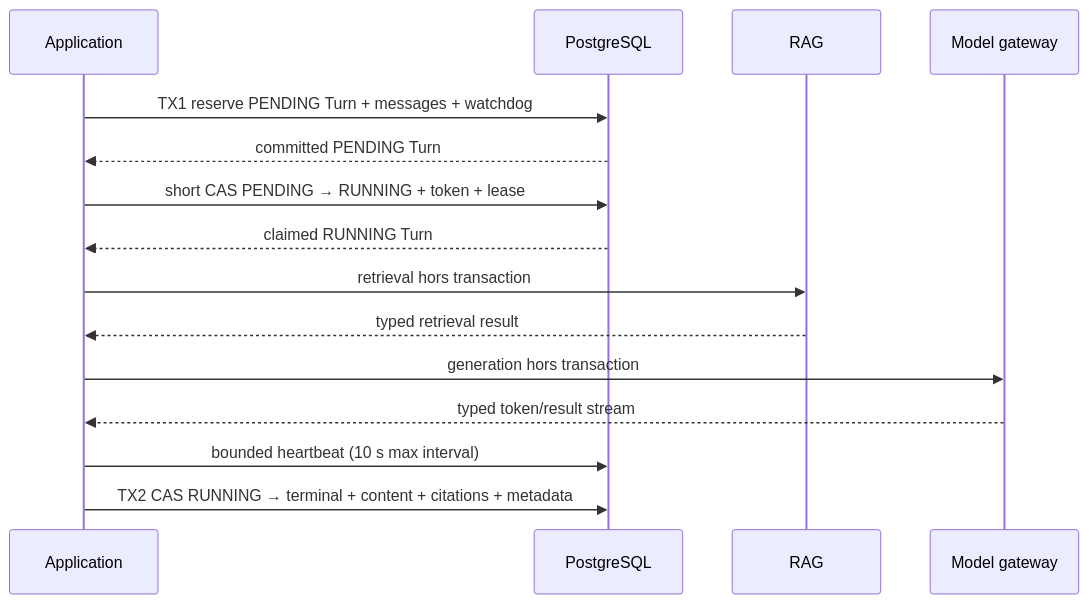
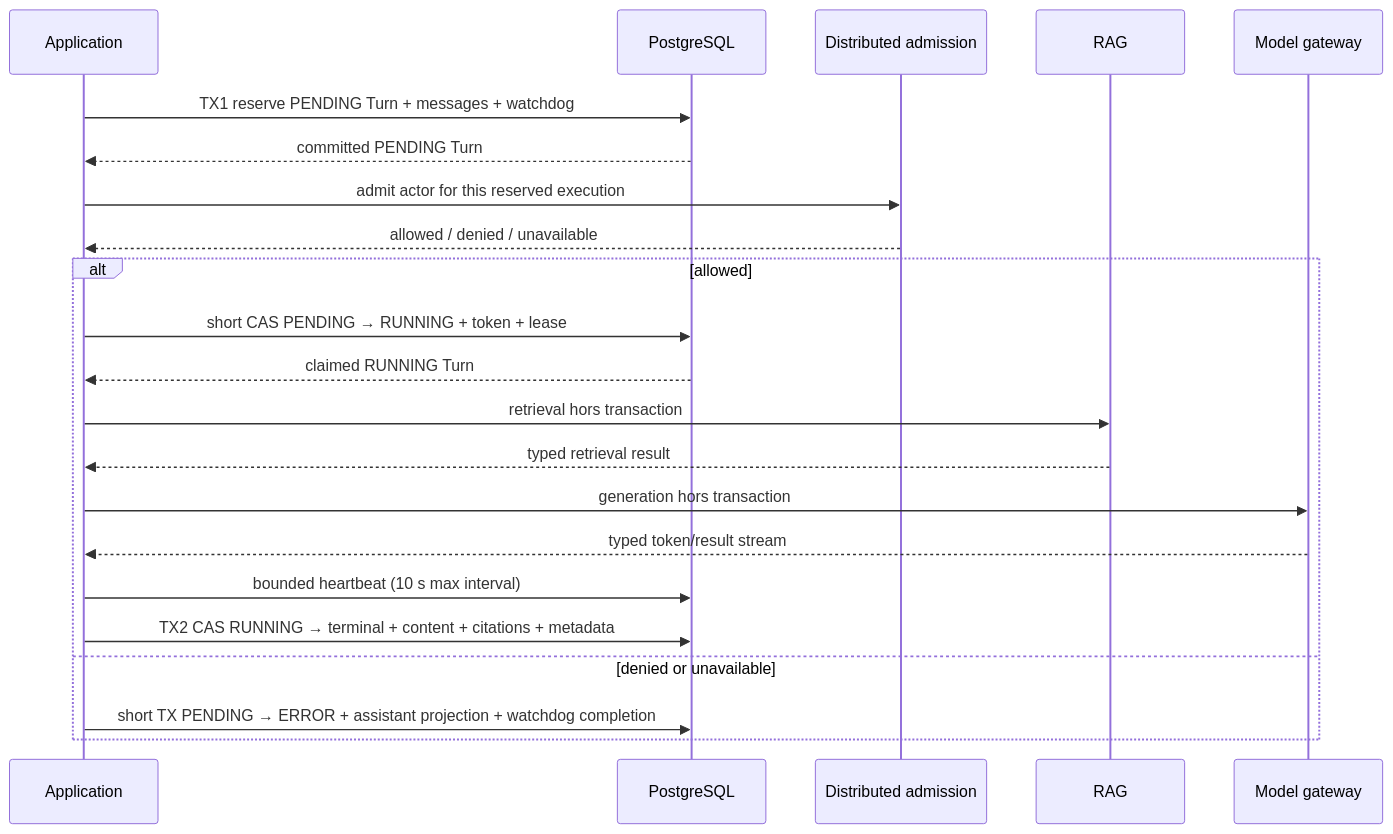
One commit to cyranoaladin/nexus-project_v0 changed the fifth of 7 diagrams in docs/architecture/ARIA_V1.md. Above: the diagram before and after it, drawn with Mermaid. The commit also changed other lines of this file and 18 other files, not shown here.

Commit message:
fix(aria): admit only reserved conversation executions

````diff
--- a/docs/architecture/ARIA_V1.md
+++ b/docs/architecture/ARIA_V1.md
@@ -255,18 +257,25 @@
 ```mermaid
 sequenceDiagram
     participant A as Application
     participant DB as PostgreSQL
+    participant L as Distributed admission
     participant R as RAG
     participant M as Model gateway
 
     A->>DB: TX1 reserve PENDING Turn + messages + watchdog
     DB-->>A: committed PENDING Turn
-    A->>DB: short CAS PENDING → RUNNING + token + lease
-    DB-->>A: claimed RUNNING Turn
-    A->>R: retrieval hors transaction
-    R-->>A: typed retrieval result
-    A->>M: generation hors transaction
-    M-->>A: typed token/result stream
-    A->>DB: bounded heartbeat (10 s max interval)
-    A->>DB: TX2 CAS RUNNING → terminal + content + citations + metadata
+    A->>L: admit actor for this reserved execution
+    L-->>A: allowed / denied / unavailable
+    alt allowed
+        A->>DB: short CAS PENDING → RUNNING + token + lease
+        DB-->>A: claimed RUNNING Turn
+        A->>R: retrieval hors transaction
+        R-->>A: typed retrieval result
+        A->>M: generation hors transaction
+        M-->>A: typed token/result stream
+        A->>DB: bounded heartbeat (10 s max interval)
+        A->>DB: TX2 CAS RUNNING → terminal + content + citations + metadata
+    else denied or unavailable
+        A->>DB: short TX PENDING → ERROR + assistant projection + watchdog completion
+    end
 ```
````
